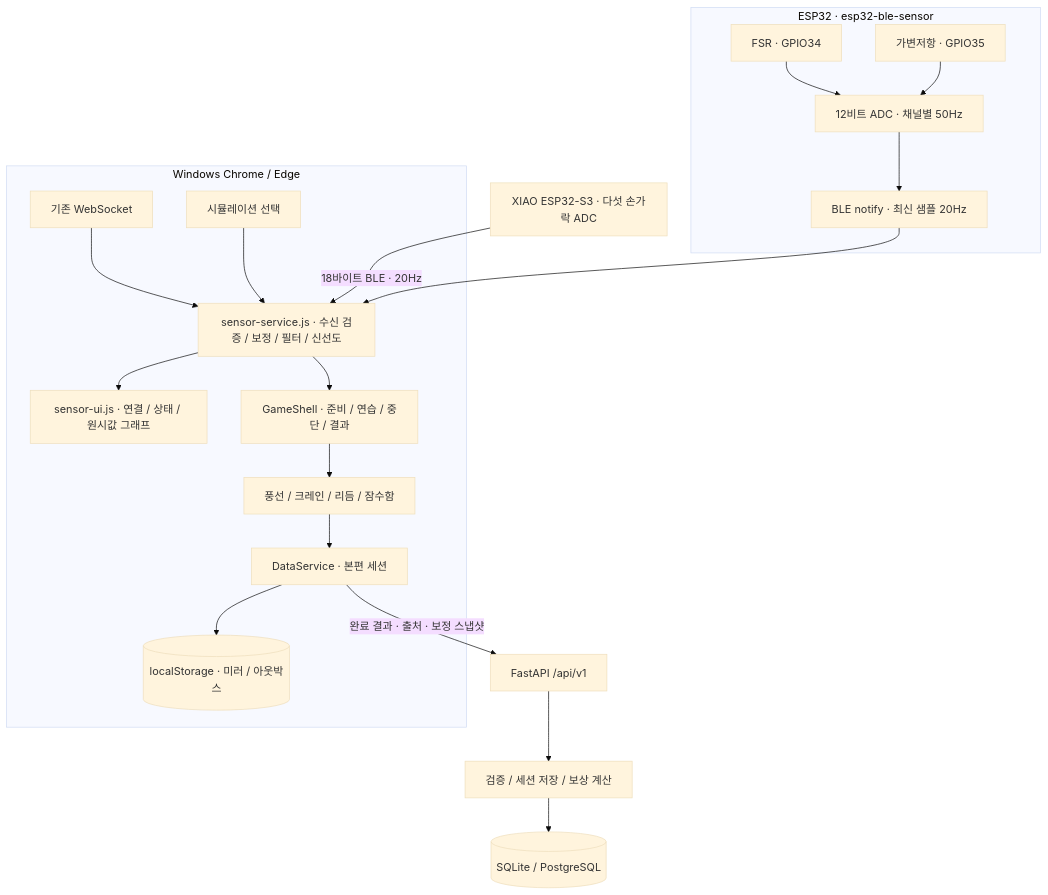
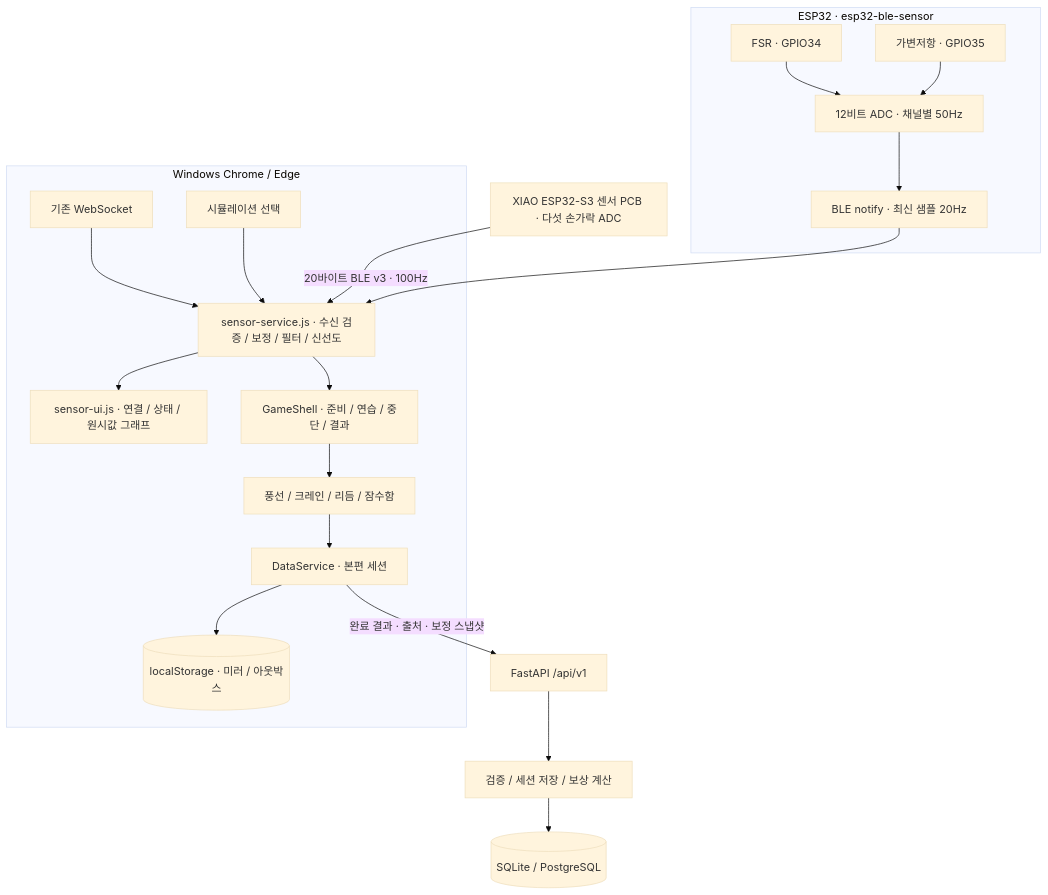
The diagram in ARCHITECTURE.md (jhsoo0211/ReGrip), drawn with Mermaid (base theme) before and after one commit. The commit also changed other lines of this file and 4 other files, not shown here.

````diff
--- a/ARCHITECTURE.md
+++ b/ARCHITECTURE.md
@@ -9,22 +9,22 @@
 ```mermaid
 flowchart TB
     subgraph Device["ESP32 · esp32-ble-sensor"]
         F["FSR · GPIO34"] --> ADC["12비트 ADC · 채널별 50Hz"]
         P["가변저항 · GPIO35"] --> ADC
         ADC --> BLE["BLE notify · 최신 샘플 20Hz"]
     end
-    XIAO["XIAO ESP32-S3 · 다섯 손가락 ADC"] -->|"18바이트 BLE · 20Hz"| SS
+    XIAO["XIAO ESP32-S3 센서 PCB · 다섯 손가락 ADC"] -->|"20바이트 BLE v3 · 100Hz"| SS
     subgraph Browser["Windows Chrome / Edge"]
         BLE --> SS["sensor-service.js · 수신 검증 / 보정 / 필터 / 신선도"]
         WS["기존 WebSocket"] --> SS
         SIM["시뮬레이션 선택"] --> SS
         SS --> UI["sensor-ui.js · 연결 / 상태 / 원시값 그래프"]
         SS --> GS["GameShell · 준비 / 연습 / 중단 / 결과"]
         GS --> GAME["풍선 / 크레인 / 리듬 / 잠수함"]
         GAME --> DS["DataService · 본편 세션"]
         DS --> LOCAL[("localStorage · 미러 / 아웃박스")]
     end
     DS -->|"완료 결과 · 출처 · 보정 스냅샷"| API["FastAPI /api/v1"]
     API --> TX["검증 / 세션 저장 / 보상 계산"]
     TX --> DB[("SQLite / PostgreSQL")]
 ```
````
